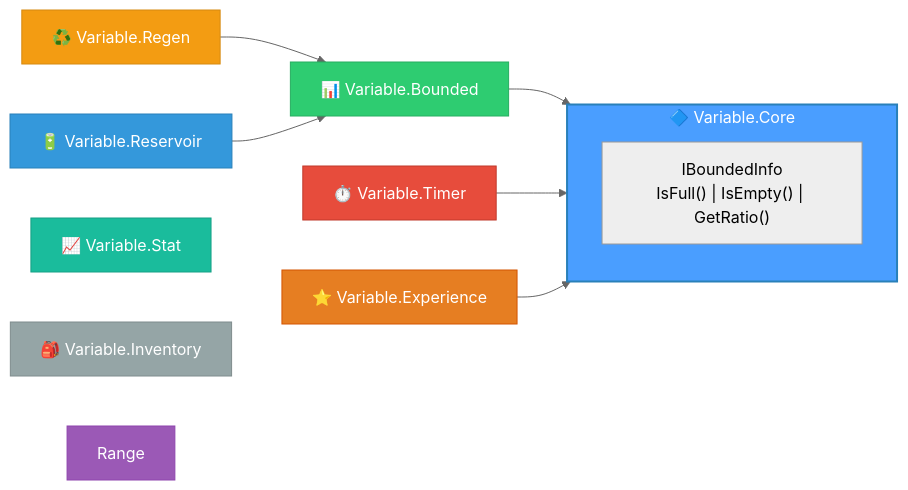
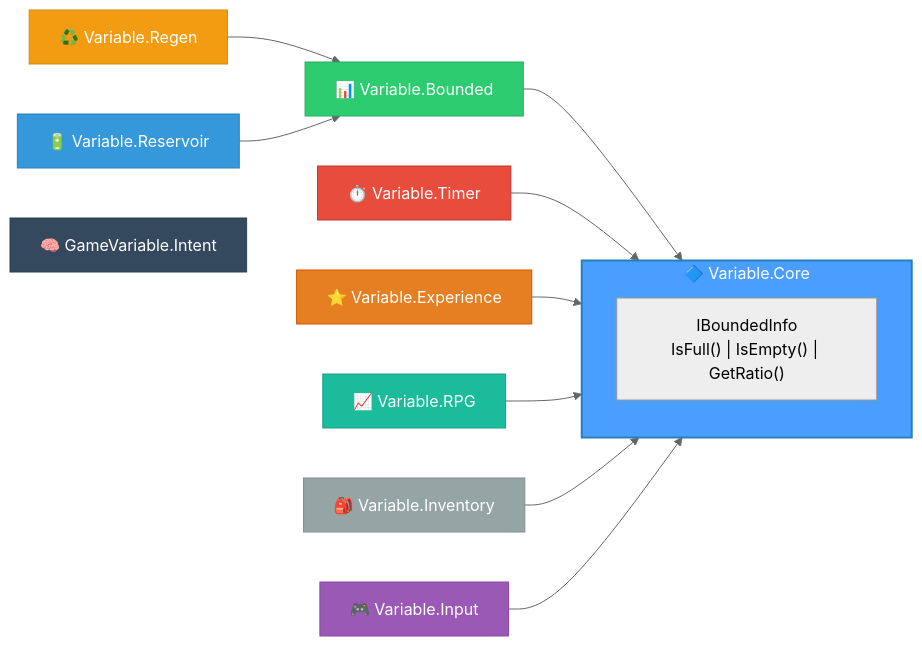
One commit to IAFahim/GameVariable changed the diagram in README.md. Above: the diagram before and after it, drawn with Mermaid (neutral theme). The commit also changed other lines of this file and 26 other files, not shown here.

````diff
--- a/README.md
+++ b/README.md
@@ -131,24 +134,27 @@
 ```mermaid
 graph LR
     subgraph Core["🔷 Variable.Core"]
         IBoundedInfo["IBoundedInfo<br/>IsFull() | IsEmpty() | GetRatio()"]
     end
     
     Bounded["📊 Variable.Bounded"] --> Core
     Timer["⏱️ Variable.Timer"] --> Core
     Regen["♻️ Variable.Regen"] --> Bounded
     Reservoir["🔋 Variable.Reservoir"] --> Bounded
     Experience["⭐ Variable.Experience"] --> Core
-    Stat["📈 Variable.Stat"]
-    Inventory["🎒 Variable.Inventory"]
+    RPG["📈 Variable.RPG"] --> Core
+    Inventory["🎒 Variable.Inventory"] --> Core
+    Input["🎮 Variable.Input"] --> Core
+    Intent["🧠 GameVariable.Intent"]
     
     style Core fill:#4a9eff,stroke:#2980b9,stroke-width:2px,color:#fff
     style Bounded fill:#2ecc71,stroke:#27ae60,color:#fff
     style Timer fill:#e74c3c,stroke:#c0392b,color:#fff
-    style Range fill:#9b59b6,stroke:#8e44ad,color:#fff
     style Regen fill:#f39c12,stroke:#d68910,color:#fff
     style Reservoir fill:#3498db,stroke:#2980b9,color:#fff
     style Experience fill:#e67e22,stroke:#d35400,color:#fff
-    style Stat fill:#1abc9c,stroke:#16a085,color:#fff
+    style RPG fill:#1abc9c,stroke:#16a085,color:#fff
     style Inventory fill:#95a5a6,stroke:#7f8c8d,color:#fff
+    style Input fill:#9b59b6,stroke:#8e44ad,color:#fff
+    style Intent fill:#34495e,stroke:#2c3e50,color:#fff
 ```
````
